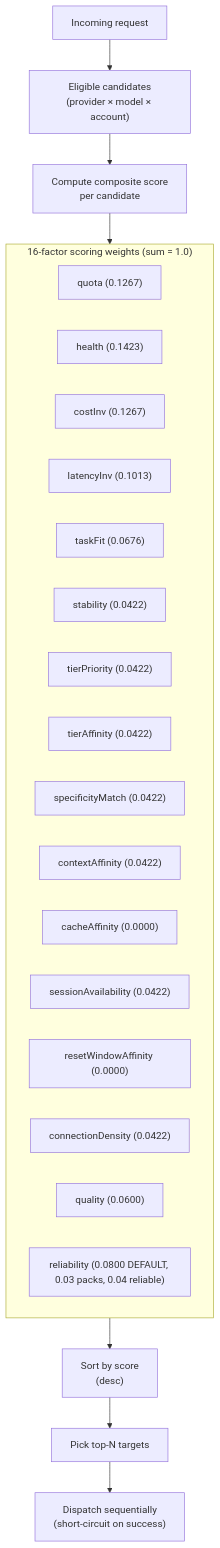
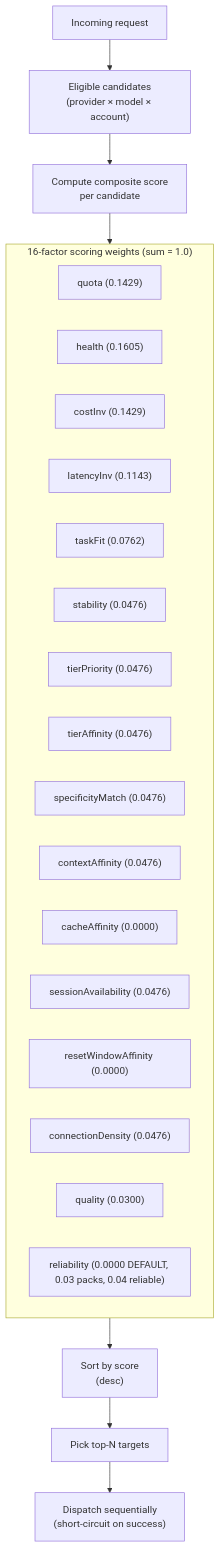
Before and after one commit to Longvt1164/OmniRoute: the diagram in docs/diagrams/auto-combo-scoring.mmd, drawn with Mermaid. The commit also changed 8 other files, not shown here.

```diff
--- a/docs/diagrams/auto-combo-scoring.mmd
+++ b/docs/diagrams/auto-combo-scoring.mmd
@@ -1,32 +1,32 @@
 %% Auto-Combo 16-factor scoring
 %% Reflects: open-sse/services/autoCombo/scoring.ts (DEFAULT_WEIGHTS, sum = 1.0)
 %% v3.8.50
 %% svg-title: OmniRoute Auto-Combo 16-factor scoring
 %% svg-description: Flow from an incoming request through eligible candidates, the 16 weighted scoring factors, descending score sort, top-N selection, and sequential dispatch.
 flowchart TB
   Request["Incoming request"] --> Candidates["Eligible candidates<br/>(provider × model × account)"]
   Candidates --> Score["Compute composite score<br/>per candidate"]
 
   subgraph Factors["16-factor scoring weights (sum = 1.0)"]
-    f1["quota (0.1267)"]
-    f2["health (0.1423)"]
-    f3["costInv (0.1267)"]
-    f4["latencyInv (0.1013)"]
-    f5["taskFit (0.0676)"]
-    f6["stability (0.0422)"]
-    f7["tierPriority (0.0422)"]
-    f8["tierAffinity (0.0422)"]
-    f9["specificityMatch (0.0422)"]
-    f10["contextAffinity (0.0422)"]
+    f1["quota (0.1429)"]
+    f2["health (0.1605)"]
+    f3["costInv (0.1429)"]
+    f4["latencyInv (0.1143)"]
+    f5["taskFit (0.0762)"]
+    f6["stability (0.0476)"]
+    f7["tierPriority (0.0476)"]
+    f8["tierAffinity (0.0476)"]
+    f9["specificityMatch (0.0476)"]
+    f10["contextAffinity (0.0476)"]
     f11["cacheAffinity (0.0000)"]
-    f12["sessionAvailability (0.0422)"]
+    f12["sessionAvailability (0.0476)"]
     f13["resetWindowAffinity (0.0000)"]
-    f14["connectionDensity (0.0422)"]
-    f15["quality (0.0600)"]
-    f16["reliability (0.0800 DEFAULT, 0.03 packs, 0.04 reliable)"]
+    f14["connectionDensity (0.0476)"]
+    f15["quality (0.0300)"]
+    f16["reliability (0.0000 DEFAULT, 0.03 packs, 0.04 reliable)"]
   end
 
   Score --> Factors
   Factors --> Final["Sort by score<br/>(desc)"]
   Final --> Top["Pick top-N targets"]
   Top --> Dispatch["Dispatch sequentially<br/>(short-circuit on success)"]
```
